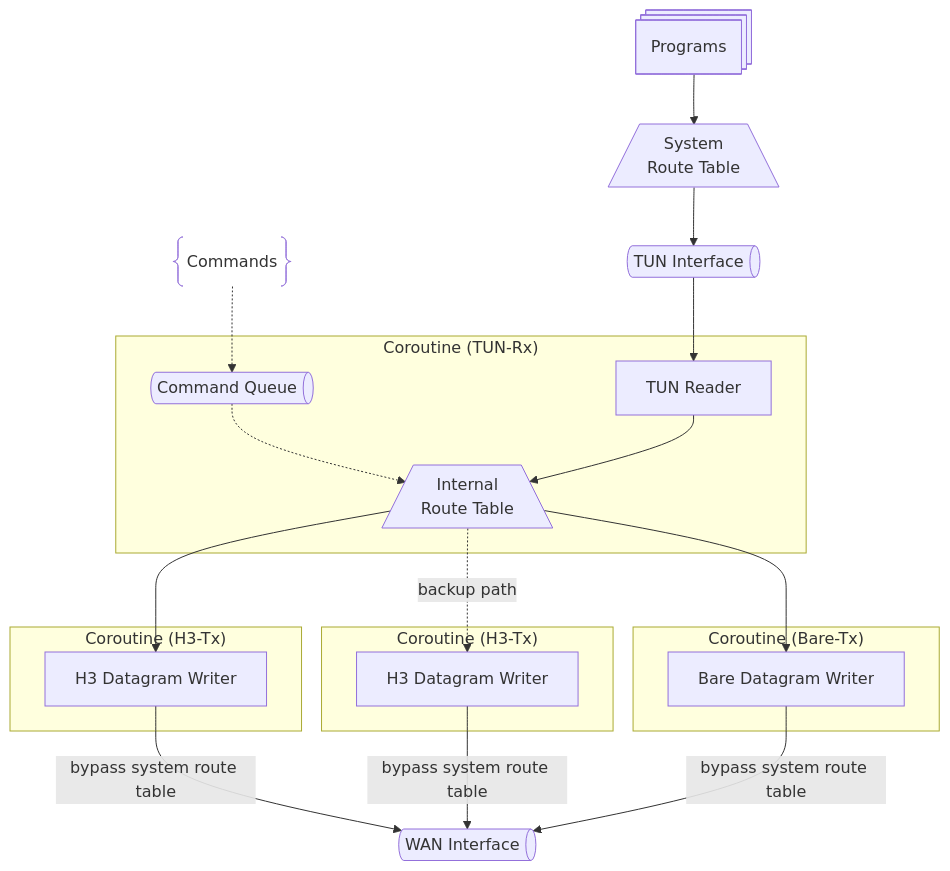
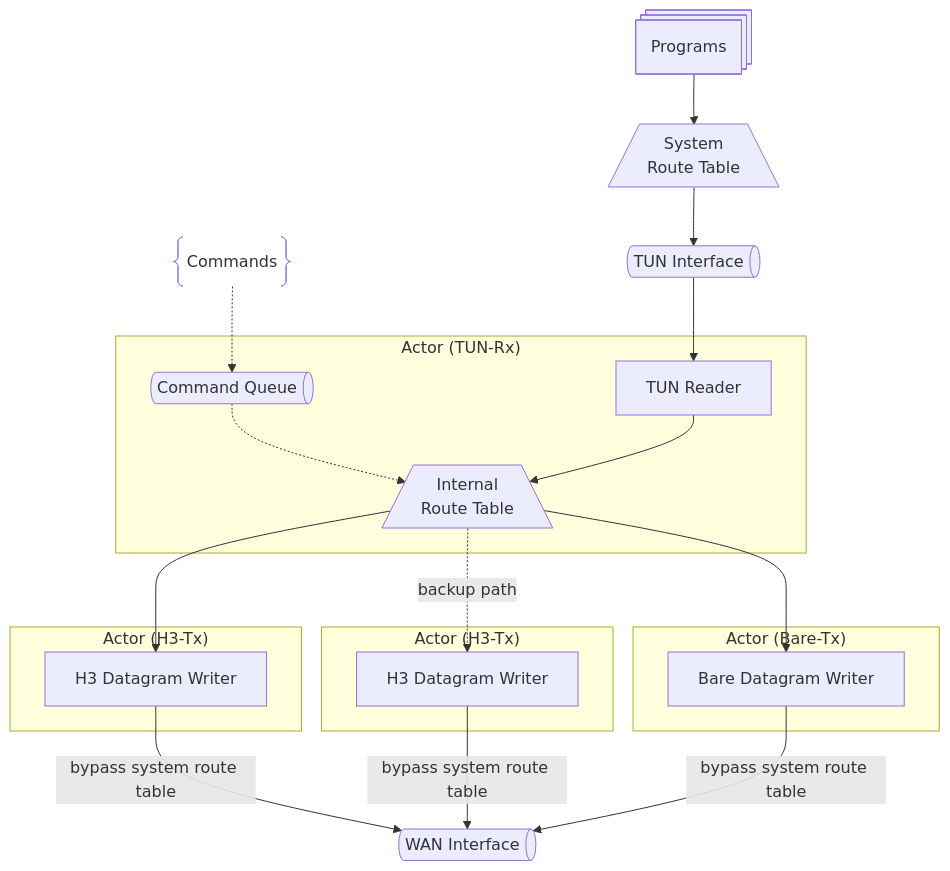
One commit to sands-lab/h3llo changed the second of 3 diagrams in docs/internals.md. Above: the diagram before and after it, drawn with Mermaid. The commit also changed other lines of this file and 3 other files, not shown here.

````diff
--- a/docs/internals.md
+++ b/docs/internals.md
@@ -65,31 +71,31 @@
 ```mermaid
 flowchart TB
     wan[WAN Interface]@{shape: h-cyl}
     tun[TUN Interface]@{shape: h-cyl}
     prog[Programs]@{shape: processes}
     rsys[/System<br>Route Table\]
     cmd["Commands"]@{shape: braces}
 
-    subgraph cr-tun["Coroutine (TUN-Rx)"]
+    subgraph cr-tun["Actor (TUN-Rx)"]
         tr[TUN Reader]
         tq[Command Queue]@{shape: h-cyl}
         rint[/Internal<br>Route Table\]
     end
 
-    subgraph cr-h3-1["Coroutine (H3-Tx)"]
+    subgraph cr-h3-1["Actor (H3-Tx)"]
         hw1[H3 Datagram Writer]
     end
 
-    subgraph cr-h3-2["Coroutine (H3-Tx)"]
+    subgraph cr-h3-2["Actor (H3-Tx)"]
         hw2[H3 Datagram Writer]
     end
 
-    subgraph cr-bare["Coroutine (Bare-Tx)"]
+    subgraph cr-bare["Actor (Bare-Tx)"]
         bw[Bare Datagram Writer]
     end
 
     cmd -.-> tq -.-> rint
     prog --> rsys --> tun --> tr --> rint --> bw & hw1
     rint -. backup path -.-> hw2
     hw1 & hw2 & bw -- bypass system route table --> wan
 ```
````
